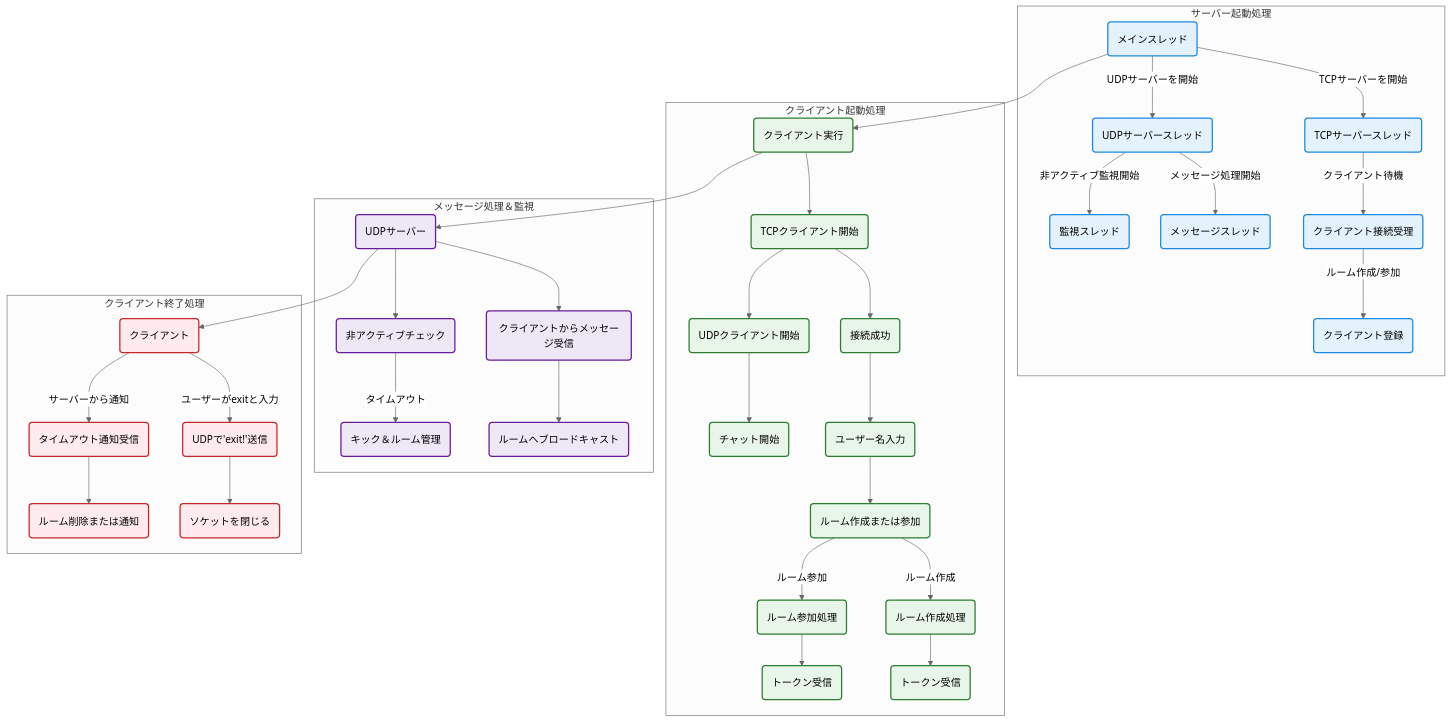
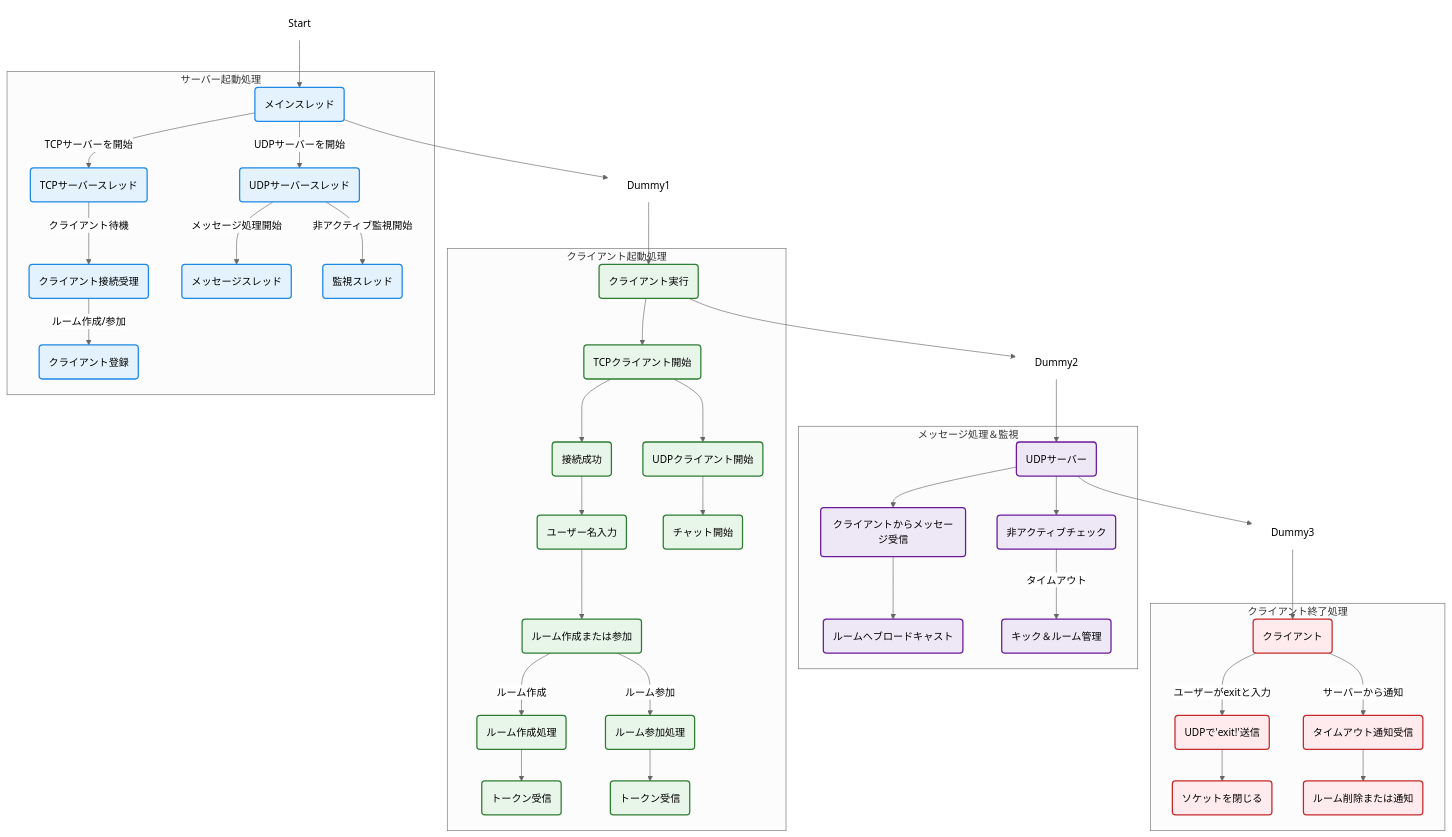
One commit to BackendExplorer/Tenshin changed the first of 4 diagrams in README.md. Above: the diagram before and after it, drawn with Mermaid (neutral theme).

````diff
--- a/README.md
+++ b/README.md
@@ -81,8 +81,16 @@
 class D1,D2,D3,D4,D5 warning
 end
 
-%% 処理の全体接続（縦方向）
-A1 --> B1 --> C1 --> D1
+%% 左→右配置用ダミーノード
+Start --> A1
+A1 --> Dummy1 --> B1
+B1 --> Dummy2 --> C1
+C1 --> Dummy3 --> D1
+
+style Start fill:#ffffff,stroke:#ffffff
+style Dummy1 fill:#ffffff,stroke:#ffffff
+style Dummy2 fill:#ffffff,stroke:#ffffff
+style Dummy3 fill:#ffffff,stroke:#ffffff
 
 
 ```
````
